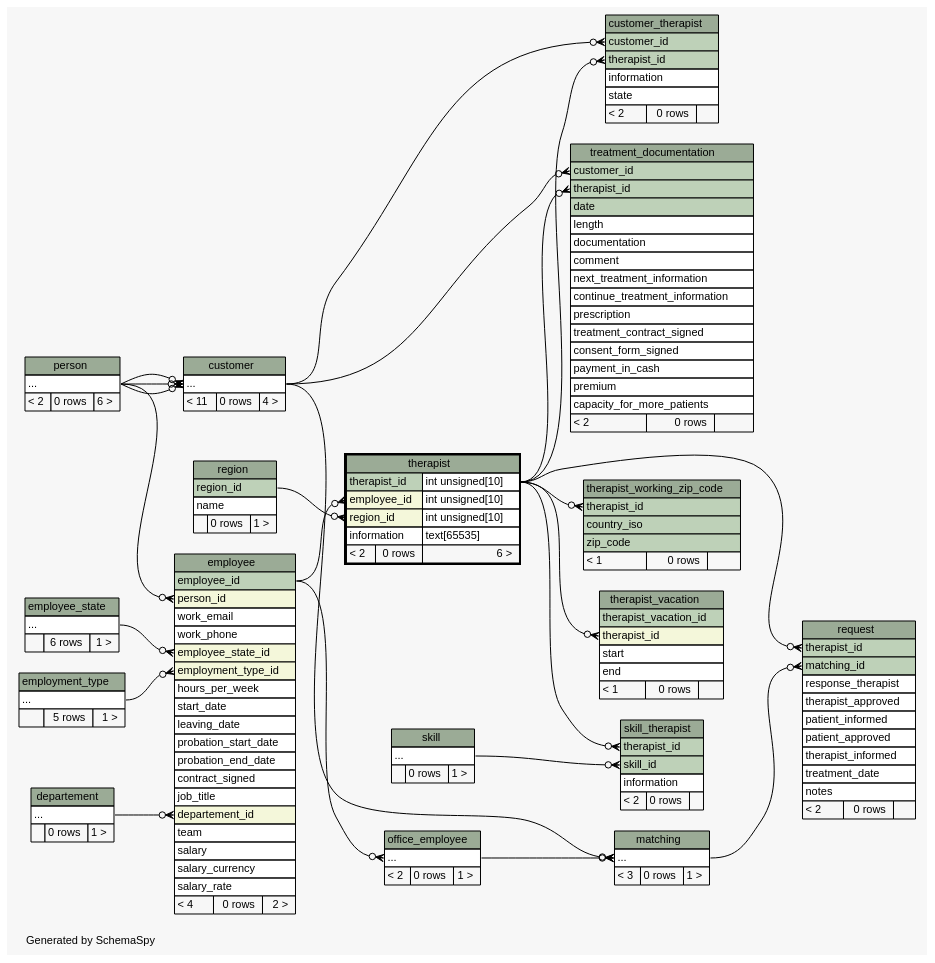
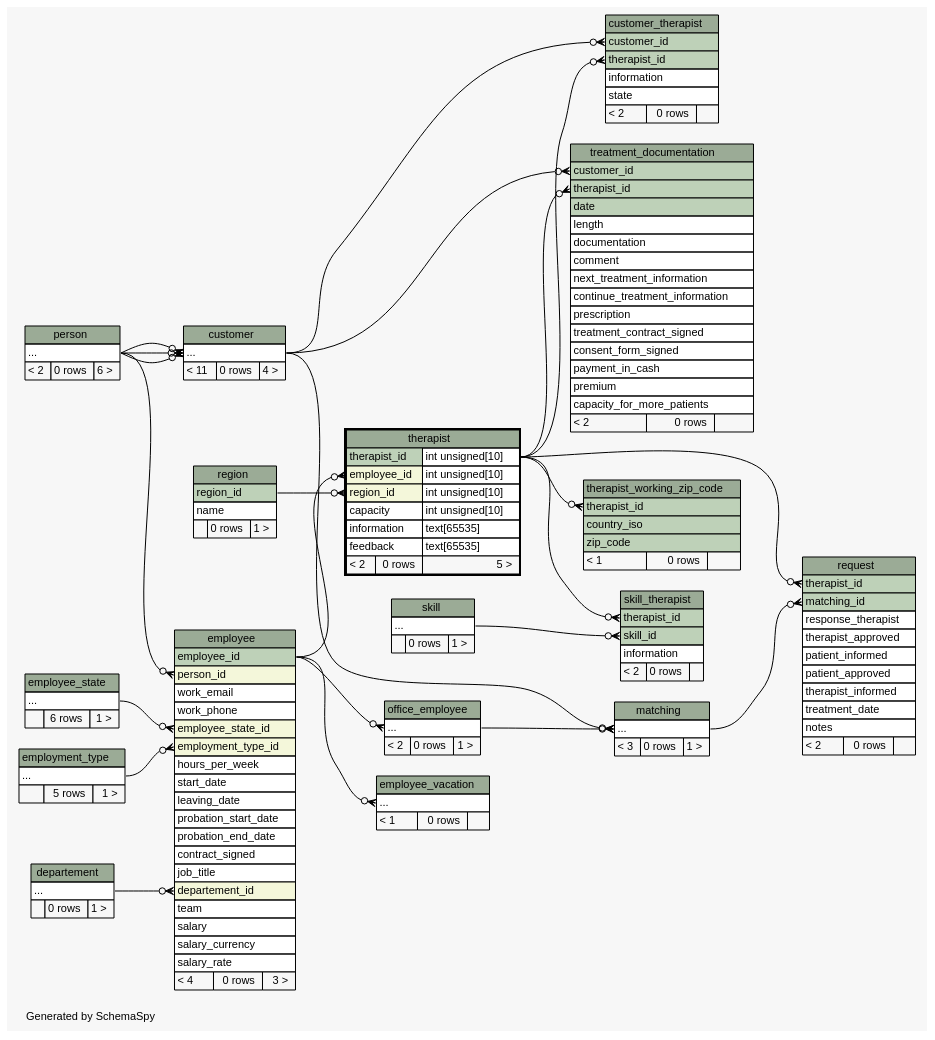
Before and after one commit to KaiBMP/KaiBMP.github.io: the diagram in diagrams/therapist.2degrees.dot, drawn with Graphviz. The commit also changed 153 other files, not shown here.

Commit message:
schemaspy update

```diff
--- a/diagrams/therapist.2degrees.dot
+++ b/diagrams/therapist.2degrees.dot
@@ -28,6 +28,7 @@
   "employee":"employee_state_id":w -> "employee_state":"elipses":e [arrowhead=none dir=back arrowtail=crowodot];
   "employee":"employment_type_id":w -> "employment_type":"elipses":e [arrowhead=none dir=back arrowtail=crowodot];
   "employee":"person_id":w -> "person":"elipses":e [arrowhead=none dir=back arrowtail=crowodot];
+  "employee_vacation":"elipses":w -> "employee":"employee_id":e [arrowhead=none dir=back arrowtail=crowodot];
   "matching":"elipses":w -> "customer":"elipses":e [arrowhead=none dir=back arrowtail=crowodot];
   "matching":"elipses":w -> "office_employee":"elipses":e [arrowhead=none dir=back arrowtail=crowodot];
   "office_employee":"elipses":w -> "employee":"employee_id":e [arrowhead=none dir=back arrowtail=crowodot];
@@ -37,7 +38,6 @@
   "skill_therapist":"therapist_id":w -> "therapist":"therapist_id.type":e [arrowhead=none dir=back arrowtail=crowodot];
   "therapist":"employee_id":w -> "employee":"employee_id":e [arrowhead=none dir=back arrowtail=crowodot];
   "therapist":"region_id":w -> "region":"region_id":e [arrowhead=none dir=back arrowtail=crowodot];
-  "therapist_vacation":"therapist_id":w -> "therapist":"therapist_id.type":e [arrowhead=none dir=back arrowtail=crowodot];
   "therapist_working_zip_code":"therapist_id":w -> "therapist":"therapist_id.type":e [arrowhead=none dir=back arrowtail=crowodot];
   "treatment_documentation":"customer_id":w -> "customer":"elipses":e [arrowhead=none dir=back arrowtail=crowodot];
   "treatment_documentation":"therapist_id":w -> "therapist":"therapist_id.type":e [arrowhead=none dir=back arrowtail=crowodot];
@@ -96,7 +96,7 @@
       <TR><TD PORT="salary" COLSPAN="3" ALIGN="LEFT">salary</TD></TR>
       <TR><TD PORT="salary_currency" COLSPAN="3" ALIGN="LEFT">salary_currency</TD></TR>
       <TR><TD PORT="salary_rate" COLSPAN="3" ALIGN="LEFT">salary_rate</TD></TR>
-      <TR><TD ALIGN="LEFT" BGCOLOR="#f7f7f7">&lt; 4</TD><TD ALIGN="RIGHT" BGCOLOR="#f7f7f7">0 rows</TD><TD ALIGN="RIGHT" BGCOLOR="#f7f7f7">2 &gt;</TD></TR>
+      <TR><TD ALIGN="LEFT" BGCOLOR="#f7f7f7">&lt; 4</TD><TD ALIGN="RIGHT" BGCOLOR="#f7f7f7">0 rows</TD><TD ALIGN="RIGHT" BGCOLOR="#f7f7f7">3 &gt;</TD></TR>
     </TABLE>>
     URL="employee.html"
     tooltip="employee"
@@ -110,6 +110,16 @@
     </TABLE>>
     URL="employee_state.html"
     tooltip="employee_state"
+  ];
+  "employee_vacation" [
+    label=<
+    <TABLE BORDER="0" CELLBORDER="1" CELLSPACING="0" BGCOLOR="#ffffff">
+      <TR><TD COLSPAN="3" BGCOLOR="#9bab96" ALIGN="CENTER">employee_vacation</TD></TR>
+      <TR><TD PORT="elipses" COLSPAN="3" ALIGN="LEFT">...</TD></TR>
+      <TR><TD ALIGN="LEFT" BGCOLOR="#f7f7f7">&lt; 1</TD><TD ALIGN="RIGHT" BGCOLOR="#f7f7f7">0 rows</TD><TD ALIGN="RIGHT" BGCOLOR="#f7f7f7">  </TD></TR>
+    </TABLE>>
+    URL="employee_vacation.html"
+    tooltip="employee_vacation"
   ];
   "employment_type" [
     label=<
@@ -209,24 +219,13 @@
       <TR><TD PORT="therapist_id" COLSPAN="2" BGCOLOR="#bed1b8" ALIGN="LEFT">therapist_id</TD><TD PORT="therapist_id.type" ALIGN="LEFT">int unsigned[10]</TD></TR>
       <TR><TD PORT="employee_id" COLSPAN="2" BGCOLOR="#f4f7da" ALIGN="LEFT">employee_id</TD><TD PORT="employee_id.type" ALIGN="LEFT">int unsigned[10]</TD></TR>
       <TR><TD PORT="region_id" COLSPAN="2" BGCOLOR="#f4f7da" ALIGN="LEFT">region_id</TD><TD PORT="region_id.type" ALIGN="LEFT">int unsigned[10]</TD></TR>
+      <TR><TD PORT="capacity" COLSPAN="2" ALIGN="LEFT">capacity</TD><TD PORT="capacity.type" ALIGN="LEFT">int unsigned[10]</TD></TR>
       <TR><TD PORT="information" COLSPAN="2" ALIGN="LEFT">information</TD><TD PORT="information.type" ALIGN="LEFT">text[65535]</TD></TR>
-      <TR><TD ALIGN="LEFT" BGCOLOR="#f7f7f7">&lt; 2</TD><TD ALIGN="RIGHT" BGCOLOR="#f7f7f7">0 rows</TD><TD ALIGN="RIGHT" BGCOLOR="#f7f7f7">6 &gt;</TD></TR>
+      <TR><TD PORT="feedback" COLSPAN="2" ALIGN="LEFT">feedback</TD><TD PORT="feedback.type" ALIGN="LEFT">text[65535]</TD></TR>
+      <TR><TD ALIGN="LEFT" BGCOLOR="#f7f7f7">&lt; 2</TD><TD ALIGN="RIGHT" BGCOLOR="#f7f7f7">0 rows</TD><TD ALIGN="RIGHT" BGCOLOR="#f7f7f7">5 &gt;</TD></TR>
     </TABLE>>
     URL="therapist.html"
     tooltip="therapist"
-  ];
-  "therapist_vacation" [
-    label=<
-    <TABLE BORDER="0" CELLBORDER="1" CELLSPACING="0" BGCOLOR="#ffffff">
-      <TR><TD COLSPAN="3" BGCOLOR="#9bab96" ALIGN="CENTER">therapist_vacation</TD></TR>
-      <TR><TD PORT="therapist_vacation_id" COLSPAN="3" BGCOLOR="#bed1b8" ALIGN="LEFT">therapist_vacation_id</TD></TR>
-      <TR><TD PORT="therapist_id" COLSPAN="3" BGCOLOR="#f4f7da" ALIGN="LEFT">therapist_id</TD></TR>
-      <TR><TD PORT="start" COLSPAN="3" ALIGN="LEFT">start</TD></TR>
-      <TR><TD PORT="end" COLSPAN="3" ALIGN="LEFT">end</TD></TR>
-      <TR><TD ALIGN="LEFT" BGCOLOR="#f7f7f7">&lt; 1</TD><TD ALIGN="RIGHT" BGCOLOR="#f7f7f7">0 rows</TD><TD ALIGN="RIGHT" BGCOLOR="#f7f7f7">  </TD></TR>
-    </TABLE>>
-    URL="therapist_vacation.html"
-    tooltip="therapist_vacation"
   ];
   "therapist_working_zip_code" [
     label=<
```
